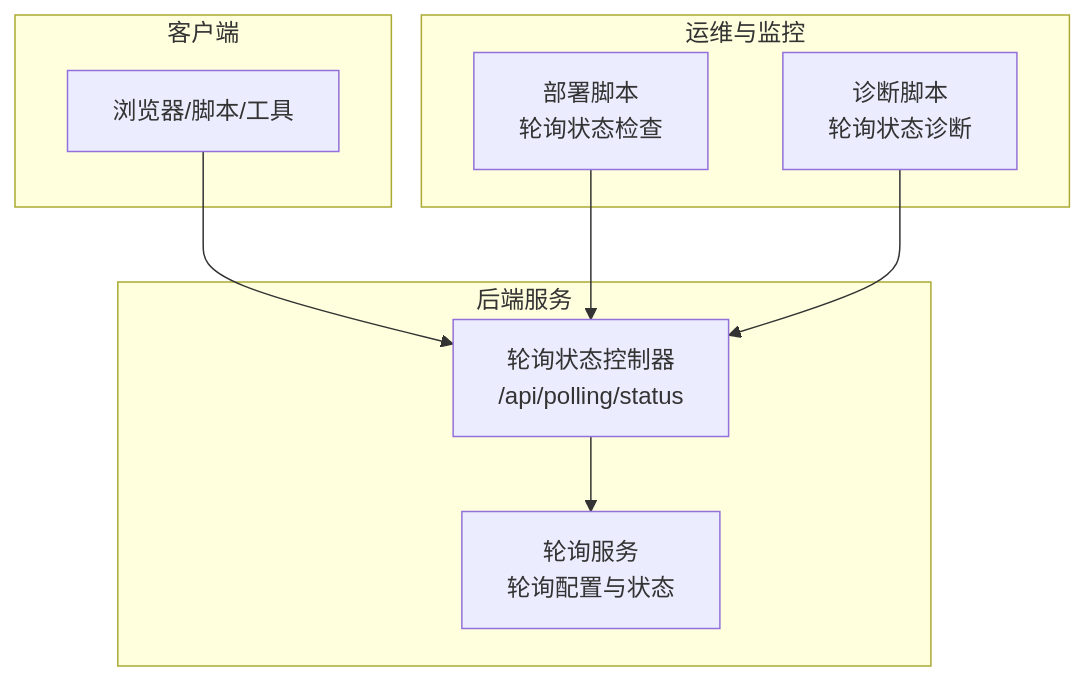
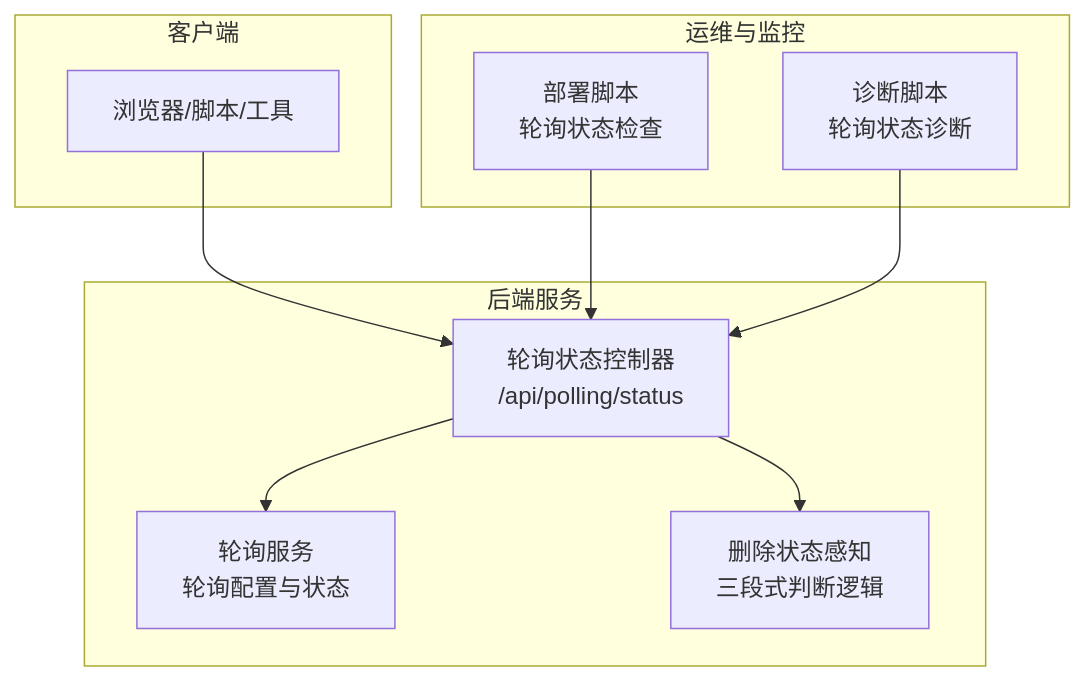
One commit to liuzh2008/med_ai_assistant_workspace changed the second of 6 diagrams in .qoder/repowiki/zh/content/API参考/轮询状态API.md. Above: the diagram before and after it, drawn with Mermaid. The commit also changed other lines of this file and 3 other files, not shown here.

````diff
--- a/.qoder/repowiki/zh/content/API参考/轮询状态API.md
+++ b/.qoder/repowiki/zh/content/API参考/轮询状态API.md
@@ -88,18 +110,20 @@
 ```mermaid
 graph TB
 subgraph "客户端"
 U["浏览器/脚本/工具"]
 end
 subgraph "后端服务"
 R["轮询状态控制器<br/>/api/polling/status"]
 S["轮询服务<br/>轮询配置与状态"]
+T["删除状态感知<br/>三段式判断逻辑"]
 end
 subgraph "运维与监控"
 D["部署脚本<br/>轮询状态检查"]
 X["诊断脚本<br/>轮询状态诊断"]
 end
 U --> R
 R --> S
+R --> T
 D --> R
 X --> R
 ```
````
